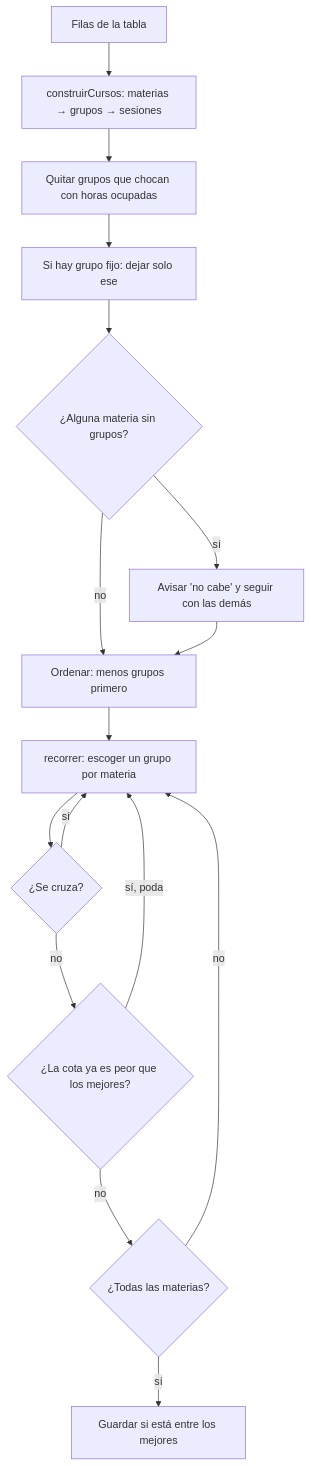
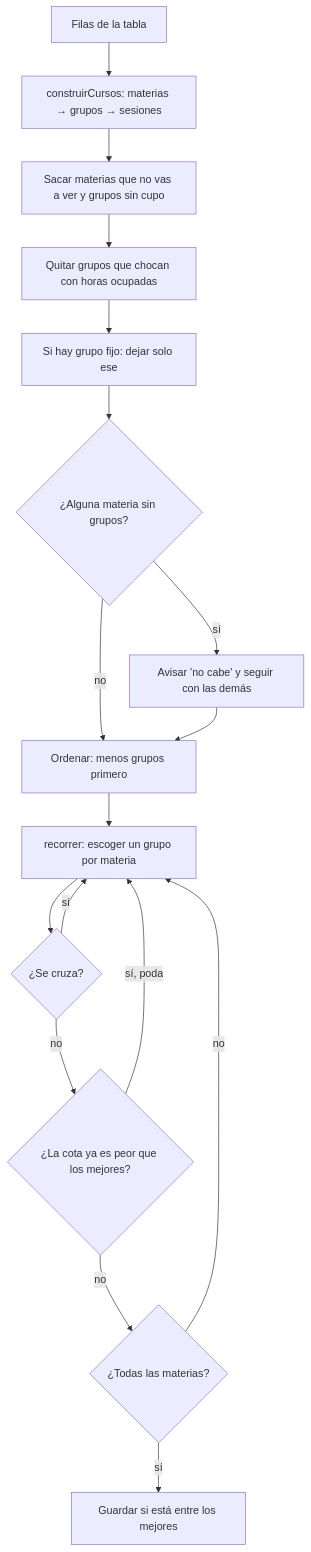
Before and after one commit to davidangaritaa/creador_horarios: the diagram in docs/PROYECTO.md, drawn with Mermaid. The commit also changed other lines of this file and 1 other file, not shown here.

````diff
--- a/docs/PROYECTO.md
+++ b/docs/PROYECTO.md
@@ -65,18 +65,19 @@
 ```mermaid
 flowchart TD
     A[Filas de la tabla] --> B[construirCursos: materias → grupos → sesiones]
-    B --> C[Quitar grupos que chocan con horas ocupadas]
+    B --> B2[Sacar materias que no vas a ver y grupos sin cupo]
+    B2 --> C[Quitar grupos que chocan con horas ocupadas]
     C --> D[Si hay grupo fijo: dejar solo ese]
     D --> E{¿Alguna materia sin grupos?}
     E -- sí --> F[Avisar 'no cabe' y seguir con las demás]
     E -- no --> G
     F --> G[Ordenar: menos grupos primero]
     G --> H[recorrer: escoger un grupo por materia]
     H --> I{¿Se cruza?}
     I -- sí --> H
     I -- no --> J{¿La cota ya es peor que los mejores?}
     J -- sí, poda --> H
     J -- no --> K{¿Todas las materias?}
     K -- no --> H
     K -- sí --> L[Guardar si está entre los mejores]
 ```
````
